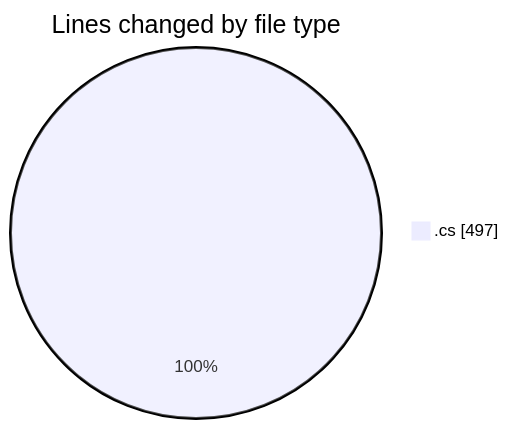
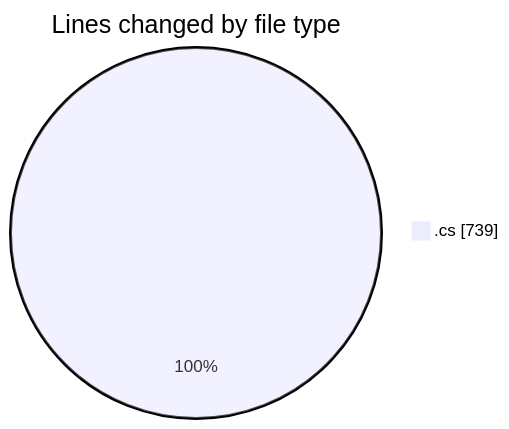
The first of 2 diagrams in 2025-03-27/back-end/README.md (Netris89/code-tracking), drawn with Mermaid before and after one commit. The commit also changed other lines of this file and 1 other file, not shown here.

````diff
--- a/2025-03-27/back-end/README.md
+++ b/2025-03-27/back-end/README.md
@@ -28,5 +28,5 @@
 ```mermaid
 pie showData
 title Lines changed by file type
-".cs" : 497
+".cs" : 739
 ```
````
